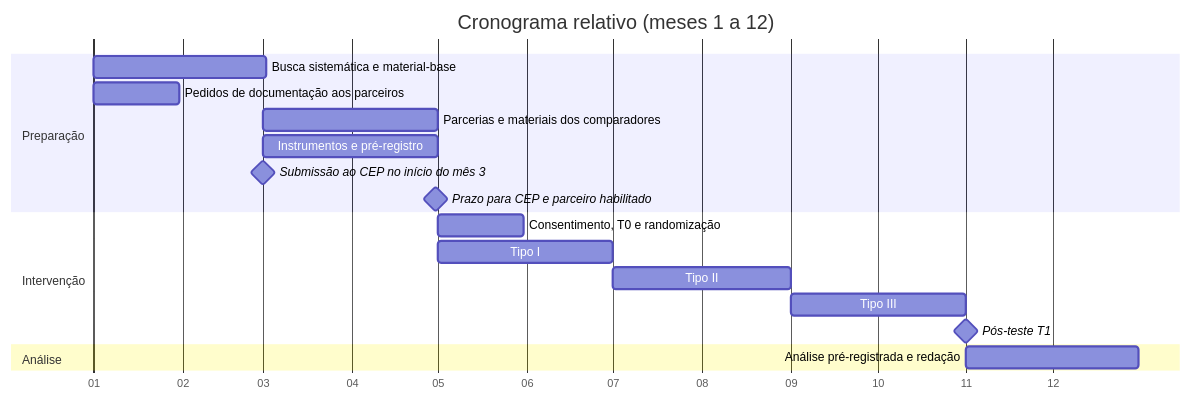
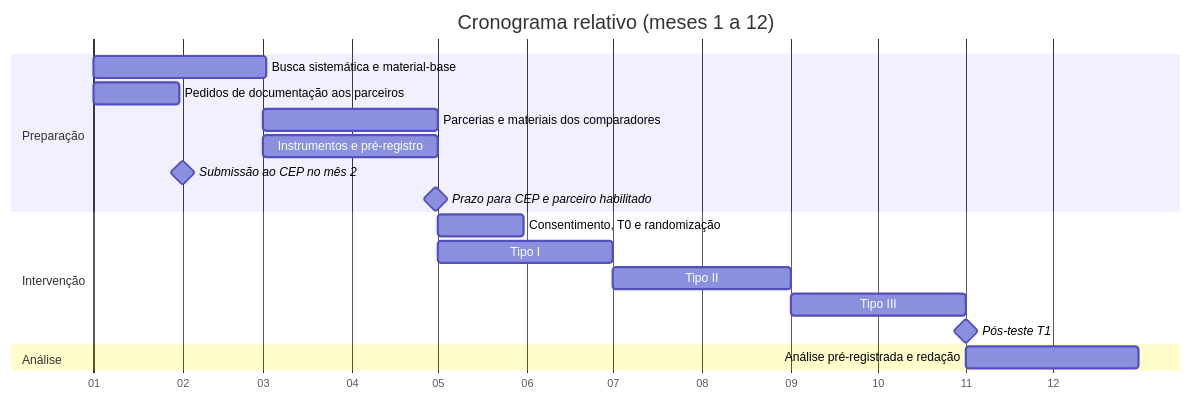
One commit to SBI4SEM/FW changed the fifth of 10 diagrams in README.md. Above: the diagram before and after it, drawn with Mermaid. The commit also changed other lines of this file and 12 other files, not shown here.

````diff
--- a/README.md
+++ b/README.md
@@ -85,21 +85,21 @@
 ```mermaid
 gantt
     title Cronograma relativo (meses 1 a 12)
     dateFormat  YYYY-MM-DD
     axisFormat  %m
     section Preparação
     Busca sistemática e material-base         :a1, 2027-01-01, 60d
     Pedidos de documentação aos parceiros     :a2, 2027-01-01, 30d
     Parcerias e materiais dos comparadores    :a3, 2027-03-01, 61d
     Instrumentos e pré-registro               :a4, 2027-03-01, 61d
-    Submissão ao CEP no início do mês 3       :milestone, m1, 2027-03-01, 0d
+    Submissão ao CEP no mês 2                :milestone, m1, 2027-02-01, 0d
     Prazo para CEP e parceiro habilitado      :milestone, m2, 2027-04-30, 0d
     section Intervenção
     Consentimento, T0 e randomização          :b1, 2027-05-01, 30d
     Tipo I                                    :b2, 2027-05-01, 61d
     Tipo II                                   :b3, 2027-07-01, 62d
     Tipo III                                  :b4, 2027-09-01, 61d
     Pós-teste T1                              :milestone, m3, 2027-11-01, 0d
     section Análise
     Análise pré-registrada e redação          :c1, 2027-11-01, 60d
 ```
````
